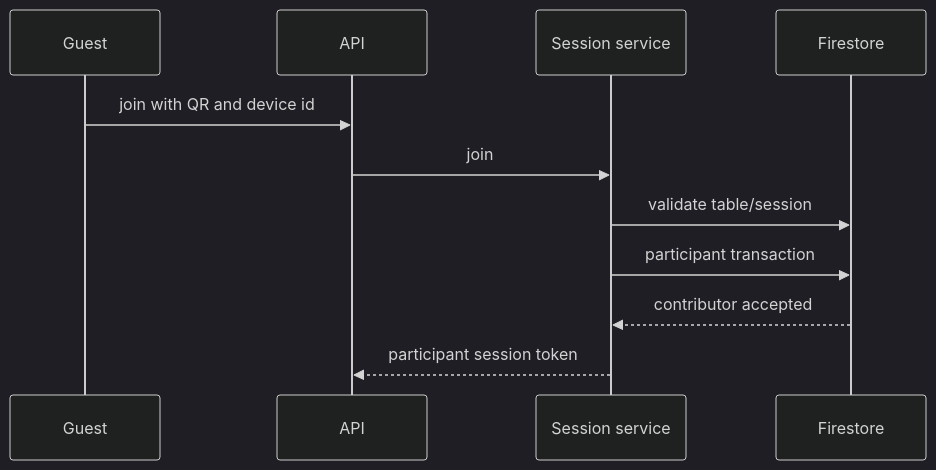
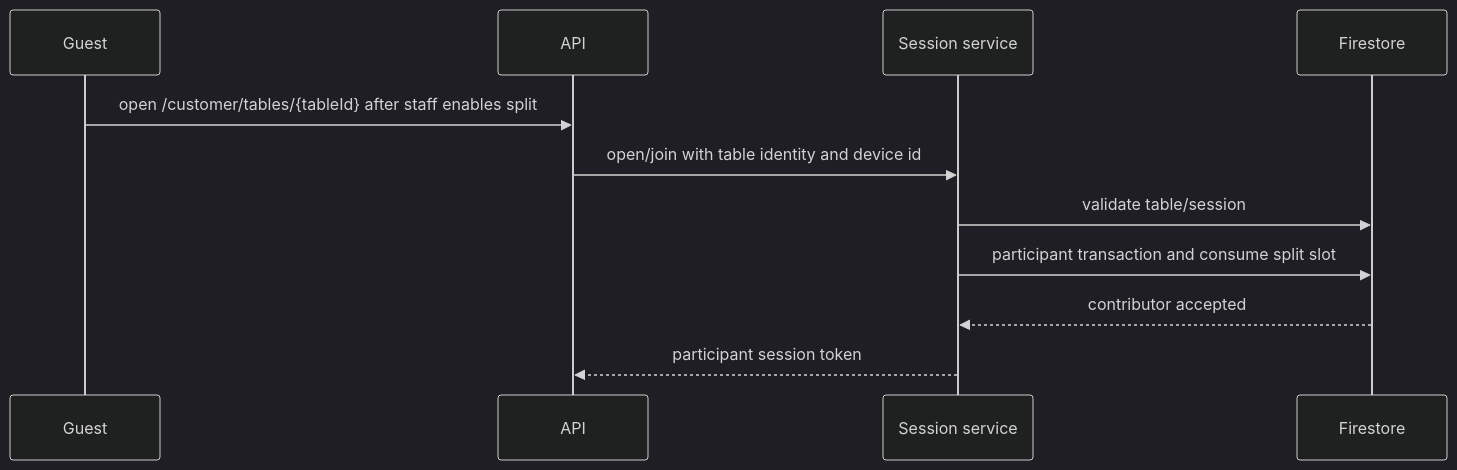
Before and after one commit to DarknDark/LoungeOS: the second of 6 diagrams in docs/diagrams/sequences.md, drawn with Mermaid (dark theme). The commit also changed other lines of this file and 26 other files, not shown here.

First line of the commit message:
Implement customer session management API and update associated client and documentation

````diff
--- a/docs/diagrams/sequences.md
+++ b/docs/diagrams/sequences.md
@@ -25,13 +23,13 @@
 ```mermaid
 sequenceDiagram
   participant G as Guest
   participant API as API
   participant S as Session service
   participant F as Firestore
-  G->>API: join with QR and device id
-  API->>S: join
+  G->>API: open /customer/tables/{tableId} after staff enables split
+  API->>S: open/join with table identity and device id
   S->>F: validate table/session
-  S->>F: participant transaction
+  S->>F: participant transaction and consume split slot
   F-->>S: contributor accepted
   S-->>API: participant session token
 ```
````
